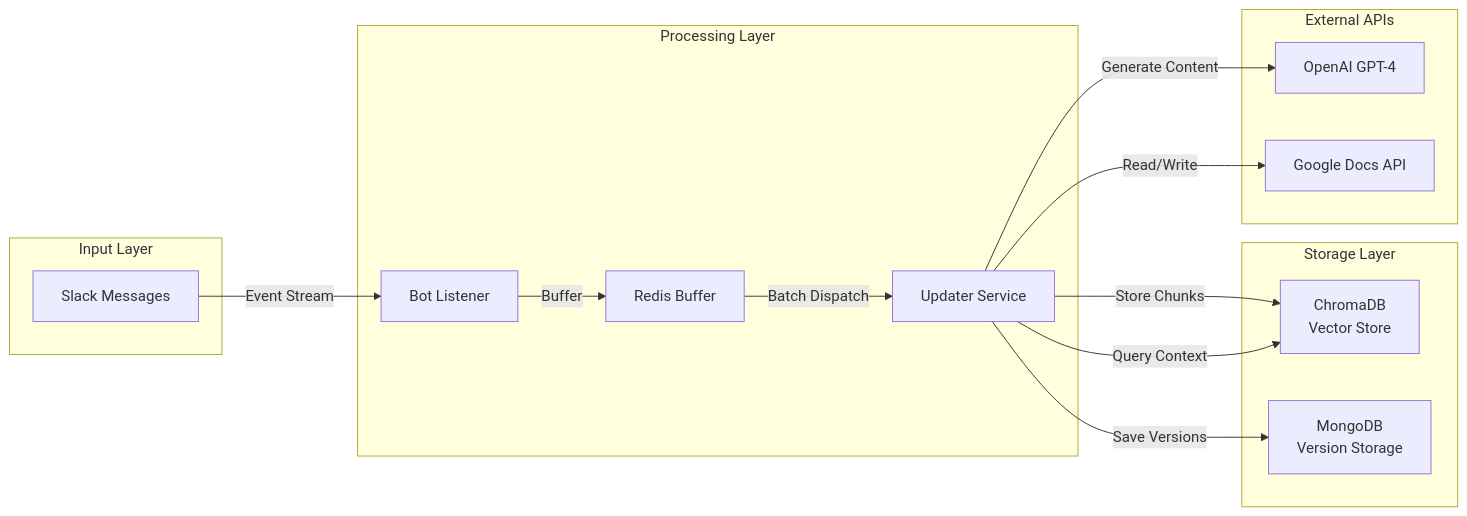
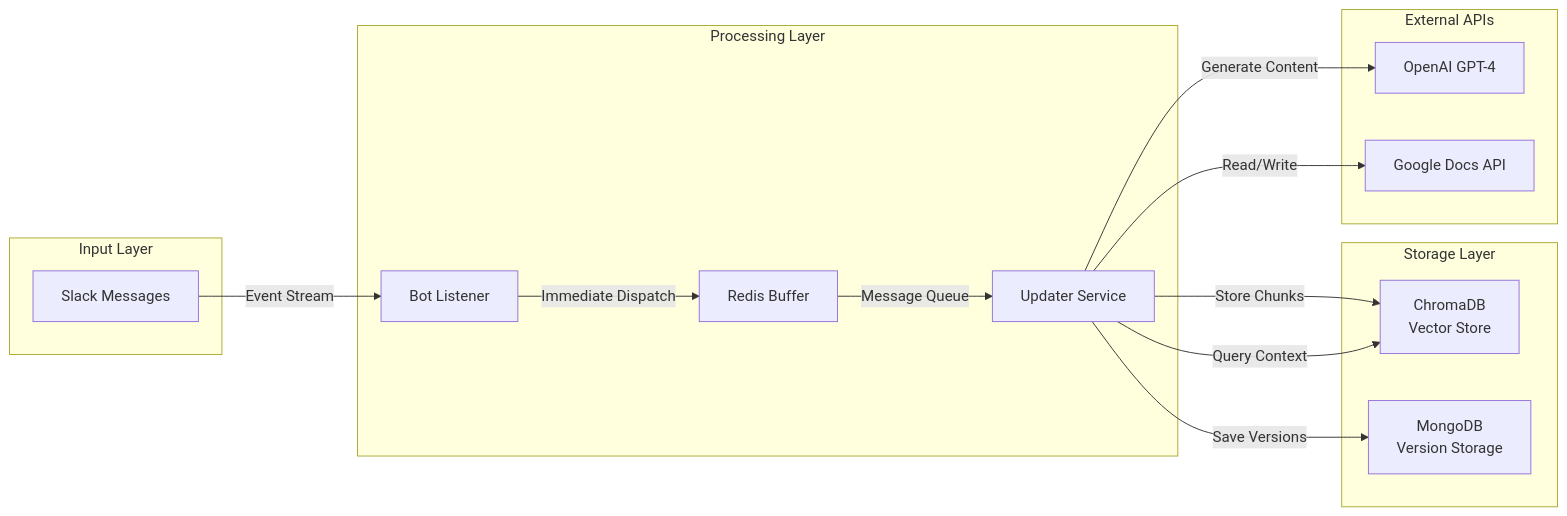
One commit to davitmarg/Epimetheus-Bot changed the third of 3 diagrams in README.md. Above: the diagram before and after it, drawn with Mermaid. The commit also changed other lines of this file and 1 other file, not shown here.

````diff
--- a/README.md
+++ b/README.md
@@ -79,31 +71,31 @@
 ```mermaid
 graph LR
     subgraph "Input Layer"
         A[Slack Messages]
     end
     
     subgraph "Processing Layer"
         B[Bot Listener]
         C[Redis Buffer]
         D[Updater Service]
     end
     
     subgraph "Storage Layer"
         E[ChromaDB<br/>Vector Store]
         F[MongoDB<br/>Version Storage]
     end
     
     subgraph "External APIs"
         G[OpenAI GPT-4]
         H[Google Docs API]
     end
     
     A -->|Event Stream| B
-    B -->|Buffer| C
-    C -->|Batch Dispatch| D
+    B -->|Immediate Dispatch| C
+    C -->|Message Queue| D
     D -->|Store Chunks| E
     D -->|Save Versions| F
     D -->|Generate Content| G
     D -->|Read/Write| H
     D -->|Query Context| E
 ```
````
